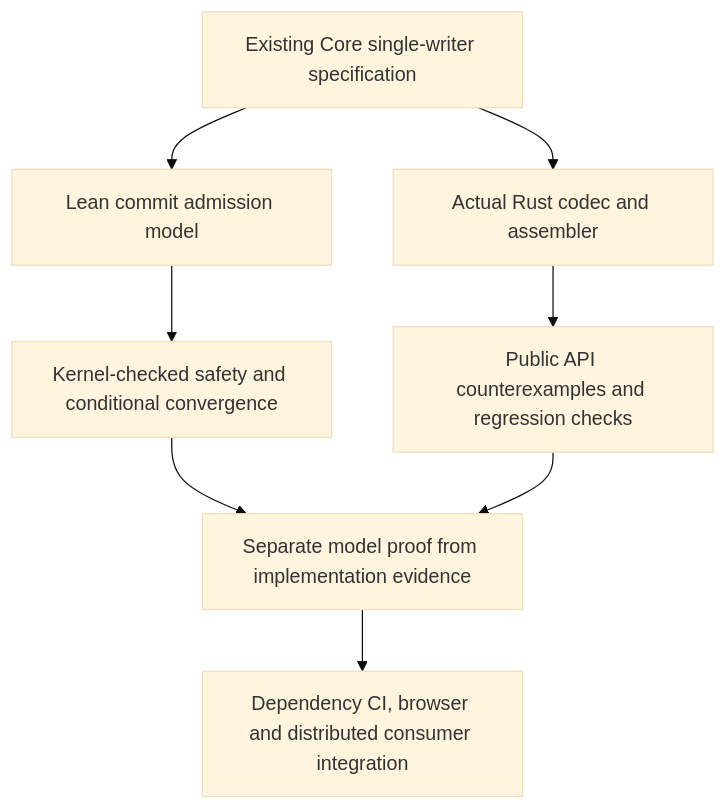
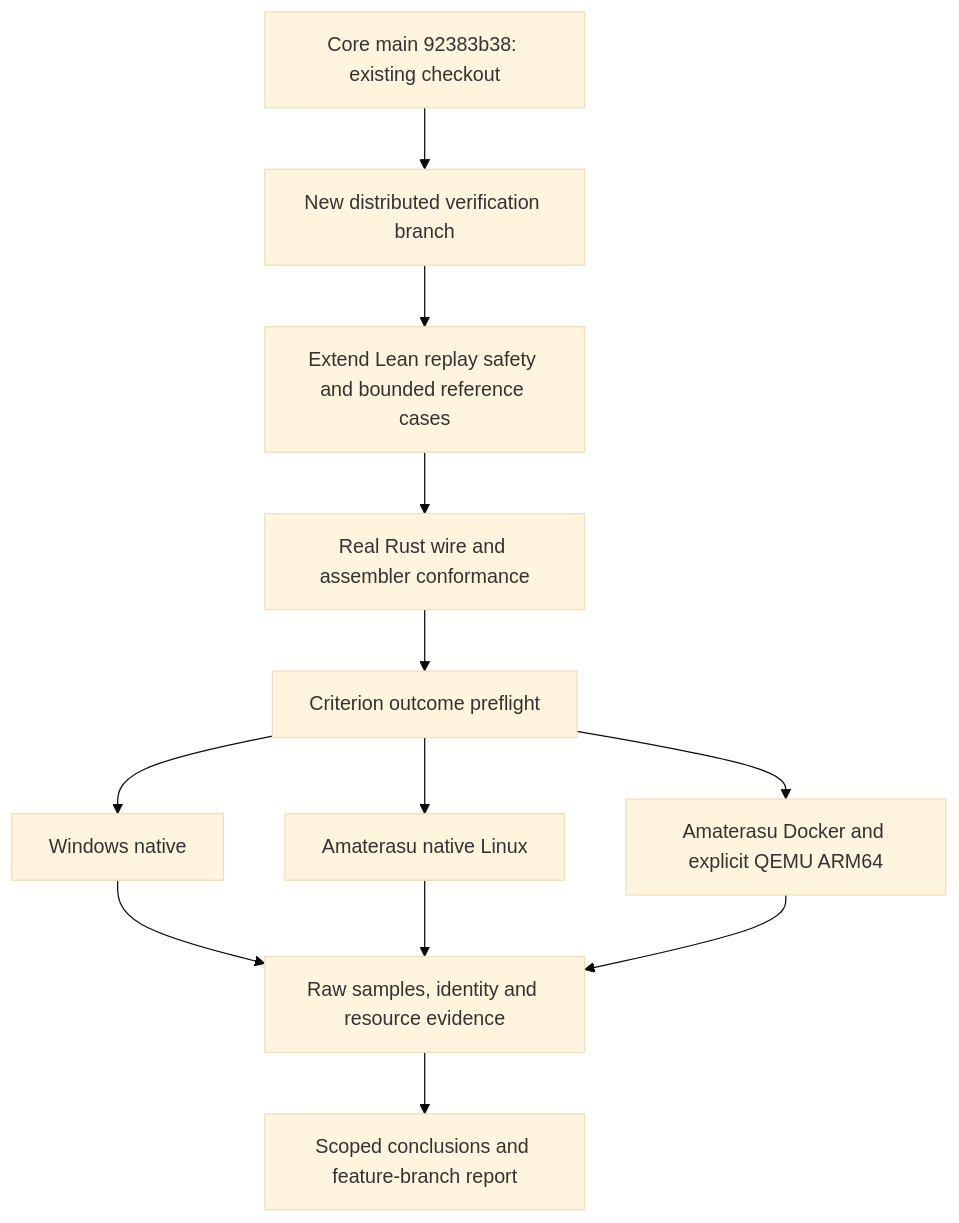
One commit to hymeko-framework/core changed the diagram in docs/plans/2026-09-05-distributed-semantics/plan.mmd. Above: the diagram before and after it, drawn with Mermaid (base theme). The commit also changed 25 other files, not shown here.

First line of the commit message:
test(core): verify distributed admission against Lean and add platform workloads

```diff
--- a/docs/plans/2026-09-05-distributed-semantics/plan.mmd
+++ b/docs/plans/2026-09-05-distributed-semantics/plan.mmd
@@ -1,8 +1,12 @@
 flowchart TD
-    S[Existing Core single-writer specification] --> L[Lean commit admission model]
-    S --> R[Actual Rust codec and assembler]
-    L --> P[Kernel-checked safety and conditional convergence]
-    R --> C[Public API counterexamples and regression checks]
-    P --> T[Separate model proof from implementation evidence]
-    C --> T
-    T --> I[Dependency CI, browser and distributed consumer integration]
+  A[Core main 92383b38: existing checkout] --> B[New distributed verification branch]
+  B --> C[Extend Lean replay safety and bounded reference cases]
+  C --> D[Real Rust wire and assembler conformance]
+  D --> E[Criterion outcome preflight]
+  E --> W[Windows native]
+  E --> L[Amaterasu native Linux]
+  E --> Q[Amaterasu Docker and explicit QEMU ARM64]
+  W --> R[Raw samples, identity and resource evidence]
+  L --> R
+  Q --> R
+  R --> S[Scoped conclusions and feature-branch report]
```
